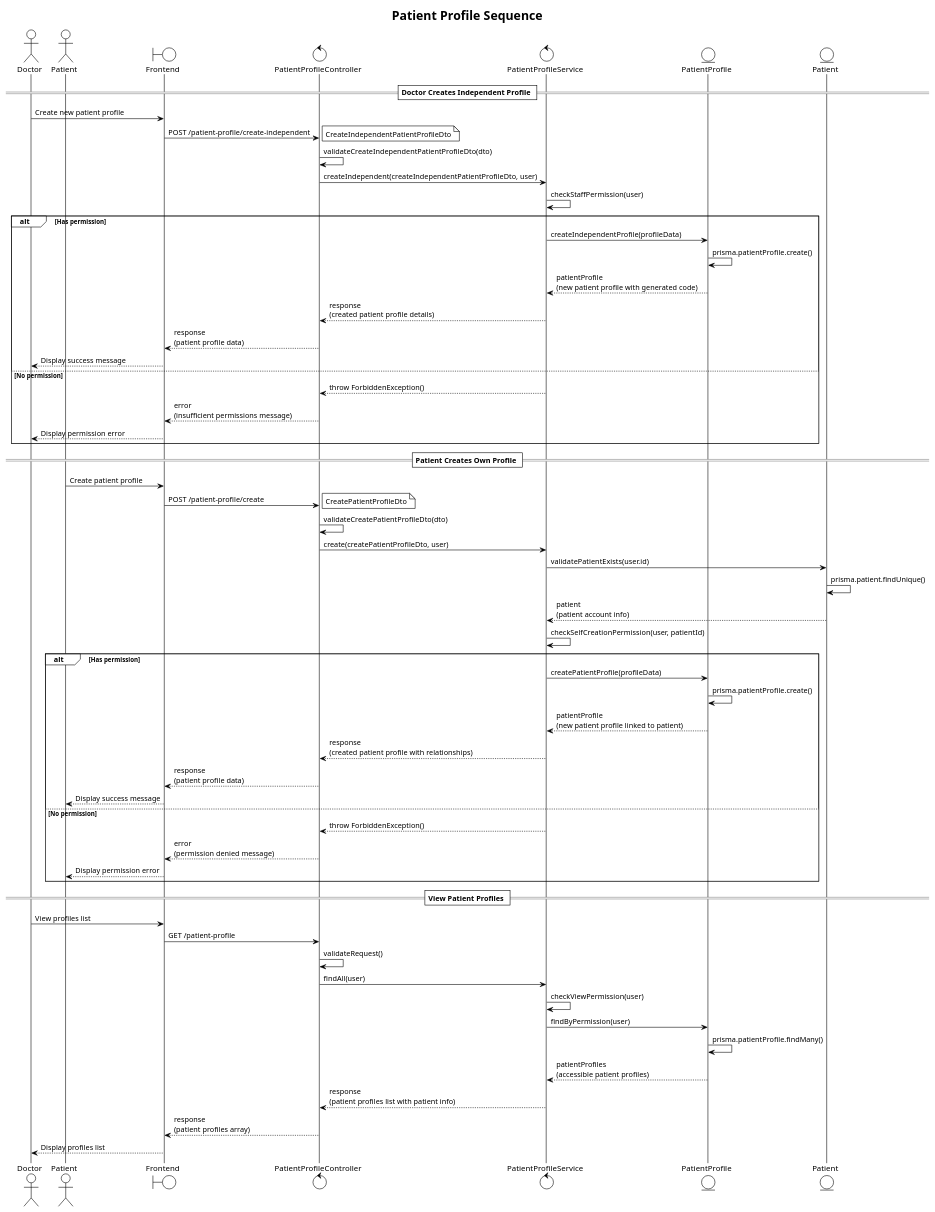
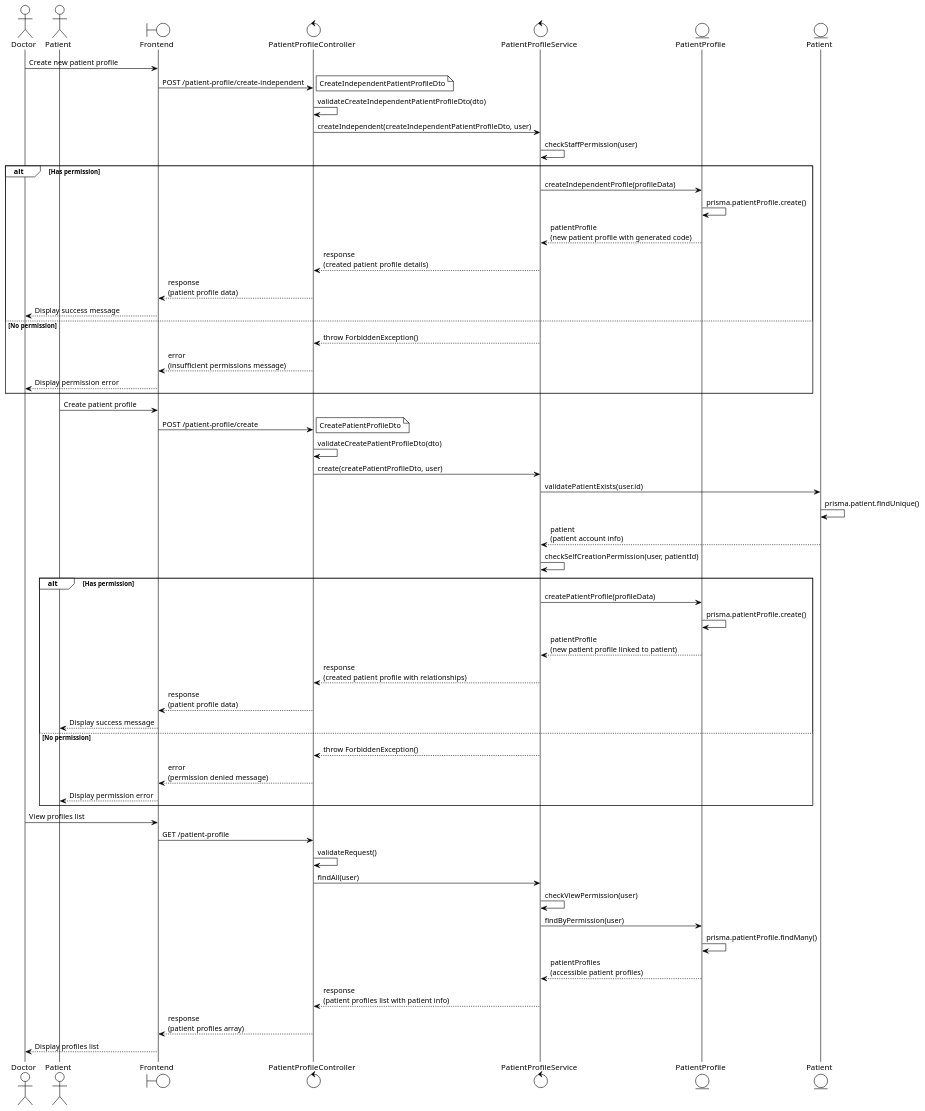
One commit to iamKhang/revita-be changed the diagram in docs/patient-profile-sequence.puml. Above: the diagram before and after it, drawn with PlantUML. The commit also changed 17 other files, not shown here.

```diff
--- a/docs/patient-profile-sequence.puml
+++ b/docs/patient-profile-sequence.puml
@@ -1,77 +1,70 @@
 @startuml Patient Profile Sequence Diagram
 !theme plain
-title Patient Profile Sequence
 
 actor "Doctor" as D
 actor "Patient" as P
 boundary "Frontend" as F
 control "PatientProfileController" as C
 control "PatientProfileService" as PS
 entity "PatientProfile" as PP
 entity "Patient" as PAT
-
-== Doctor Creates Independent Profile ==
 
 D -> F: Create new patient profile
 F -> C: POST /patient-profile/create-independent
 note right: CreateIndependentPatientProfileDto
 C -> C: validateCreateIndependentPatientProfileDto(dto)
 C -> PS: createIndependent(createIndependentPatientProfileDto, user)
 PS -> PS: checkStaffPermission(user)
 
 alt Has permission
   PS -> PP: createIndependentProfile(profileData)
   PP -> PP: prisma.patientProfile.create()
   PP --> PS: patientProfile\n(new patient profile with generated code)
   PS --> C: response\n(created patient profile details)
   C --> F: response\n(patient profile data)
   F --> D: Display success message
   
 else No permission
   PS --> C: throw ForbiddenException()
   C --> F: error\n(insufficient permissions message)
   F --> D: Display permission error
 end
-
-== Patient Creates Own Profile ==
 
 P -> F: Create patient profile
 F -> C: POST /patient-profile/create
 note right: CreatePatientProfileDto
 C -> C: validateCreatePatientProfileDto(dto)
 C -> PS: create(createPatientProfileDto, user)
 PS -> PAT: validatePatientExists(user.id)
 PAT -> PAT: prisma.patient.findUnique()
 PAT --> PS: patient\n(patient account info)
 
 PS -> PS: checkSelfCreationPermission(user, patientId)
 
 alt Has permission
   PS -> PP: createPatientProfile(profileData)
   PP -> PP: prisma.patientProfile.create()
   PP --> PS: patientProfile\n(new patient profile linked to patient)
   PS --> C: response\n(created patient profile with relationships)
   C --> F: response\n(patient profile data)
   F --> P: Display success message
   
 else No permission
   PS --> C: throw ForbiddenException()
   C --> F: error\n(permission denied message)
   F --> P: Display permission error
 end
 
-== View Patient Profiles ==
-
 D -> F: View profiles list
 F -> C: GET /patient-profile
 C -> C: validateRequest()
 C -> PS: findAll(user)
 PS -> PS: checkViewPermission(user)
 PS -> PP: findByPermission(user)
 PP -> PP: prisma.patientProfile.findMany()
 PP --> PS: patientProfiles\n(accessible patient profiles)
 PS --> C: response\n(patient profiles list with patient info)
 C --> F: response\n(patient profiles array)
 F --> D: Display profiles list
 
 @enduml
```
